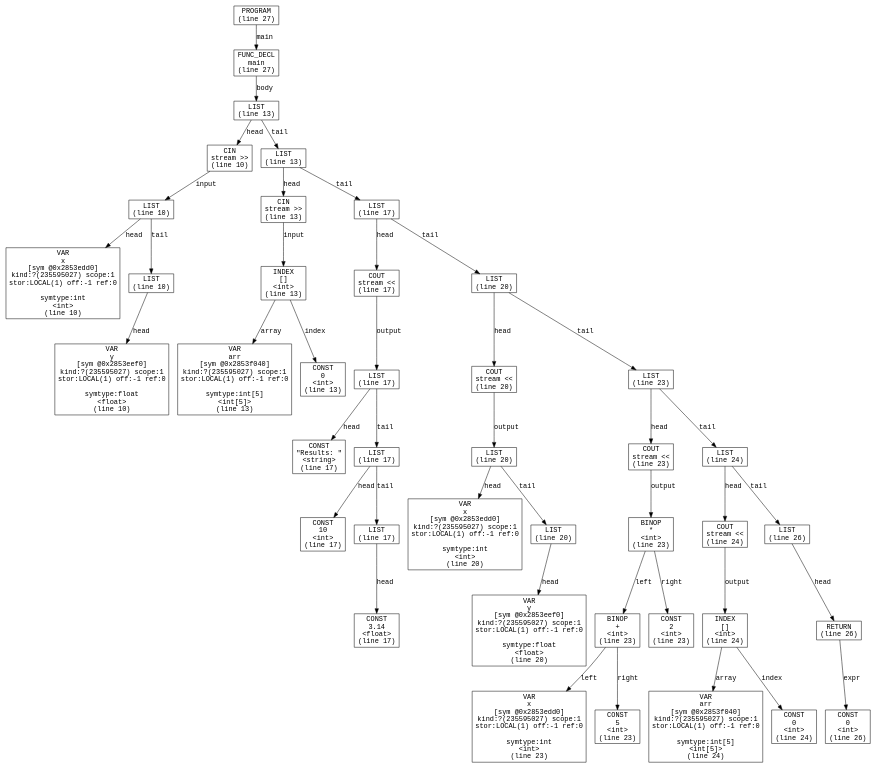
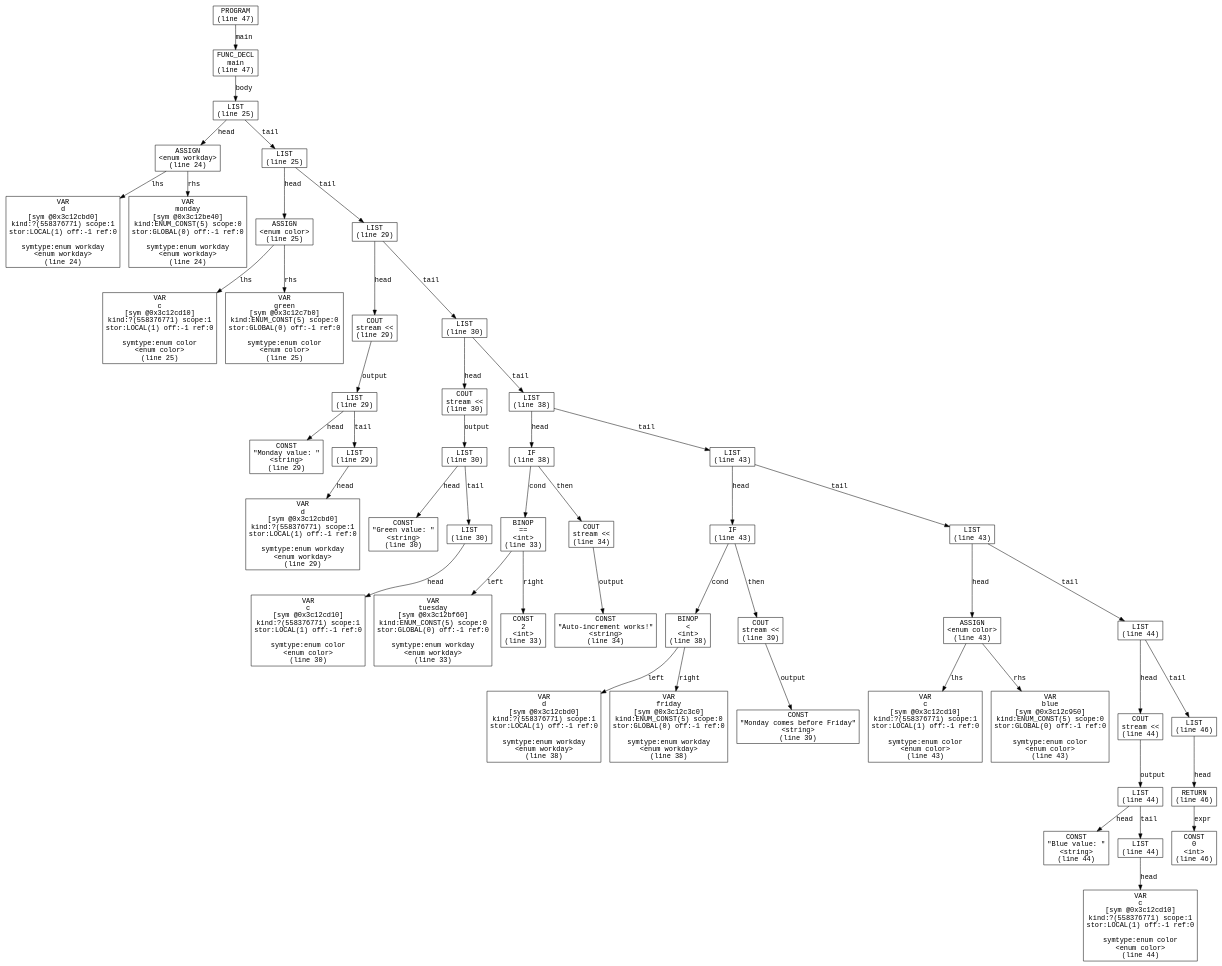
The diagram in syntaxExtreme/ast.dot (kalamakis/Cpp-compiler), drawn with Graphviz before and after one commit. The commit also changed 8 other files, not shown here.

```diff
--- a/syntaxExtreme/ast.dot
+++ b/syntaxExtreme/ast.dot
@@ -1,87 +1,101 @@
 digraph AST {
   node [shape=box, fontname="Courier"];
   edge [fontname="Courier"];
-  n0 [label="PROGRAM\n(line 27)"];
-  n1 [label="FUNC_DECL\nmain\n(line 27)"];
-  n2 [label="LIST\n(line 13)"];
-  n3 [label="CIN\nstream >>\n(line 10)"];
-  n4 [label="LIST\n(line 10)"];
-  n5 [label="VAR\nx\n[sym @0x2853edd0]\nkind:?(235595027) scope:1\nstor:LOCAL(1) off:-1 ref:0\n\nsymtype:int\n<int>\n(line 10)"];
-  n4 -> n5 [label="head"];
-  n6 [label="LIST\n(line 10)"];
-  n7 [label="VAR\ny\n[sym @0x2853eef0]\nkind:?(235595027) scope:1\nstor:LOCAL(1) off:-1 ref:0\n\nsymtype:float\n<float>\n(line 10)"];
+  n0 [label="PROGRAM\n(line 47)"];
+  n1 [label="FUNC_DECL\nmain\n(line 47)"];
+  n2 [label="LIST\n(line 25)"];
+  n3 [label="ASSIGN\n<enum workday>\n(line 24)"];
+  n4 [label="VAR\nd\n[sym @0x3c12cbd0]\nkind:?(558376771) scope:1\nstor:LOCAL(1) off:-1 ref:0\n\nsymtype:enum workday\n<enum workday>\n(line 24)"];
+  n3 -> n4 [label="lhs"];
+  n5 [label="VAR\nmonday\n[sym @0x3c12be40]\nkind:ENUM_CONST(5) scope:0\nstor:GLOBAL(0) off:-1 ref:0\n\nsymtype:enum workday\n<enum workday>\n(line 24)"];
+  n3 -> n5 [label="rhs"];
+  n2 -> n3 [label="head"];
+  n6 [label="LIST\n(line 25)"];
+  n7 [label="ASSIGN\n<enum color>\n(line 25)"];
+  n8 [label="VAR\nc\n[sym @0x3c12cd10]\nkind:?(558376771) scope:1\nstor:LOCAL(1) off:-1 ref:0\n\nsymtype:enum color\n<enum color>\n(line 25)"];
+  n7 -> n8 [label="lhs"];
+  n9 [label="VAR\ngreen\n[sym @0x3c12c7b0]\nkind:ENUM_CONST(5) scope:0\nstor:GLOBAL(0) off:-1 ref:0\n\nsymtype:enum color\n<enum color>\n(line 25)"];
+  n7 -> n9 [label="rhs"];
   n6 -> n7 [label="head"];
-  n4 -> n6 [label="tail"];
-  n3 -> n4 [label="input"];
-  n2 -> n3 [label="head"];
-  n8 [label="LIST\n(line 13)"];
-  n9 [label="CIN\nstream >>\n(line 13)"];
-  n10 [label="INDEX\n[]\n<int>\n(line 13)"];
-  n11 [label="VAR\narr\n[sym @0x2853f040]\nkind:?(235595027) scope:1\nstor:LOCAL(1) off:-1 ref:0\n\nsymtype:int[5]\n<int[5]>\n(line 13)"];
-  n10 -> n11 [label="array"];
-  n12 [label="CONST\n0\n<int>\n(line 13)"];
-  n10 -> n12 [label="index"];
-  n9 -> n10 [label="input"];
-  n8 -> n9 [label="head"];
-  n13 [label="LIST\n(line 17)"];
-  n14 [label="COUT\nstream <<\n(line 17)"];
-  n15 [label="LIST\n(line 17)"];
-  n16 [label="CONST\n\"Results: \"\n<string>\n(line 17)"];
-  n15 -> n16 [label="head"];
-  n17 [label="LIST\n(line 17)"];
-  n18 [label="CONST\n10\n<int>\n(line 17)"];
-  n17 -> n18 [label="head"];
-  n19 [label="LIST\n(line 17)"];
-  n20 [label="CONST\n3.14\n<float>\n(line 17)"];
-  n19 -> n20 [label="head"];
-  n17 -> n19 [label="tail"];
-  n15 -> n17 [label="tail"];
-  n14 -> n15 [label="output"];
-  n13 -> n14 [label="head"];
-  n21 [label="LIST\n(line 20)"];
-  n22 [label="COUT\nstream <<\n(line 20)"];
-  n23 [label="LIST\n(line 20)"];
-  n24 [label="VAR\nx\n[sym @0x2853edd0]\nkind:?(235595027) scope:1\nstor:LOCAL(1) off:-1 ref:0\n\nsymtype:int\n<int>\n(line 20)"];
-  n23 -> n24 [label="head"];
-  n25 [label="LIST\n(line 20)"];
-  n26 [label="VAR\ny\n[sym @0x2853eef0]\nkind:?(235595027) scope:1\nstor:LOCAL(1) off:-1 ref:0\n\nsymtype:float\n<float>\n(line 20)"];
-  n25 -> n26 [label="head"];
-  n23 -> n25 [label="tail"];
-  n22 -> n23 [label="output"];
-  n21 -> n22 [label="head"];
-  n27 [label="LIST\n(line 23)"];
-  n28 [label="COUT\nstream <<\n(line 23)"];
-  n29 [label="BINOP\n*\n<int>\n(line 23)"];
-  n30 [label="BINOP\n+\n<int>\n(line 23)"];
-  n31 [label="VAR\nx\n[sym @0x2853edd0]\nkind:?(235595027) scope:1\nstor:LOCAL(1) off:-1 ref:0\n\nsymtype:int\n<int>\n(line 23)"];
-  n30 -> n31 [label="left"];
-  n32 [label="CONST\n5\n<int>\n(line 23)"];
-  n30 -> n32 [label="right"];
-  n29 -> n30 [label="left"];
-  n33 [label="CONST\n2\n<int>\n(line 23)"];
-  n29 -> n33 [label="right"];
-  n28 -> n29 [label="output"];
-  n27 -> n28 [label="head"];
-  n34 [label="LIST\n(line 24)"];
-  n35 [label="COUT\nstream <<\n(line 24)"];
-  n36 [label="INDEX\n[]\n<int>\n(line 24)"];
-  n37 [label="VAR\narr\n[sym @0x2853f040]\nkind:?(235595027) scope:1\nstor:LOCAL(1) off:-1 ref:0\n\nsymtype:int[5]\n<int[5]>\n(line 24)"];
-  n36 -> n37 [label="array"];
-  n38 [label="CONST\n0\n<int>\n(line 24)"];
-  n36 -> n38 [label="index"];
-  n35 -> n36 [label="output"];
-  n34 -> n35 [label="head"];
-  n39 [label="LIST\n(line 26)"];
-  n40 [label="RETURN\n(line 26)"];
-  n41 [label="CONST\n0\n<int>\n(line 26)"];
-  n40 -> n41 [label="expr"];
-  n39 -> n40 [label="head"];
-  n34 -> n39 [label="tail"];
-  n27 -> n34 [label="tail"];
-  n21 -> n27 [label="tail"];
-  n13 -> n21 [label="tail"];
-  n8 -> n13 [label="tail"];
-  n2 -> n8 [label="tail"];
+  n10 [label="LIST\n(line 29)"];
+  n11 [label="COUT\nstream <<\n(line 29)"];
+  n12 [label="LIST\n(line 29)"];
+  n13 [label="CONST\n\"Monday value: \"\n<string>\n(line 29)"];
+  n12 -> n13 [label="head"];
+  n14 [label="LIST\n(line 29)"];
+  n15 [label="VAR\nd\n[sym @0x3c12cbd0]\nkind:?(558376771) scope:1\nstor:LOCAL(1) off:-1 ref:0\n\nsymtype:enum workday\n<enum workday>\n(line 29)"];
+  n14 -> n15 [label="head"];
+  n12 -> n14 [label="tail"];
+  n11 -> n12 [label="output"];
+  n10 -> n11 [label="head"];
+  n16 [label="LIST\n(line 30)"];
+  n17 [label="COUT\nstream <<\n(line 30)"];
+  n18 [label="LIST\n(line 30)"];
+  n19 [label="CONST\n\"Green value: \"\n<string>\n(line 30)"];
+  n18 -> n19 [label="head"];
+  n20 [label="LIST\n(line 30)"];
+  n21 [label="VAR\nc\n[sym @0x3c12cd10]\nkind:?(558376771) scope:1\nstor:LOCAL(1) off:-1 ref:0\n\nsymtype:enum color\n<enum color>\n(line 30)"];
+  n20 -> n21 [label="head"];
+  n18 -> n20 [label="tail"];
+  n17 -> n18 [label="output"];
+  n16 -> n17 [label="head"];
+  n22 [label="LIST\n(line 38)"];
+  n23 [label="IF\n(line 38)"];
+  n24 [label="BINOP\n==\n<int>\n(line 33)"];
+  n25 [label="VAR\ntuesday\n[sym @0x3c12bf60]\nkind:ENUM_CONST(5) scope:0\nstor:GLOBAL(0) off:-1 ref:0\n\nsymtype:enum workday\n<enum workday>\n(line 33)"];
+  n24 -> n25 [label="left"];
+  n26 [label="CONST\n2\n<int>\n(line 33)"];
+  n24 -> n26 [label="right"];
+  n23 -> n24 [label="cond"];
+  n27 [label="COUT\nstream <<\n(line 34)"];
+  n28 [label="CONST\n\"Auto-increment works!\"\n<string>\n(line 34)"];
+  n27 -> n28 [label="output"];
+  n23 -> n27 [label="then"];
+  n22 -> n23 [label="head"];
+  n29 [label="LIST\n(line 43)"];
+  n30 [label="IF\n(line 43)"];
+  n31 [label="BINOP\n<\n<int>\n(line 38)"];
+  n32 [label="VAR\nd\n[sym @0x3c12cbd0]\nkind:?(558376771) scope:1\nstor:LOCAL(1) off:-1 ref:0\n\nsymtype:enum workday\n<enum workday>\n(line 38)"];
+  n31 -> n32 [label="left"];
+  n33 [label="VAR\nfriday\n[sym @0x3c12c3c0]\nkind:ENUM_CONST(5) scope:0\nstor:GLOBAL(0) off:-1 ref:0\n\nsymtype:enum workday\n<enum workday>\n(line 38)"];
+  n31 -> n33 [label="right"];
+  n30 -> n31 [label="cond"];
+  n34 [label="COUT\nstream <<\n(line 39)"];
+  n35 [label="CONST\n\"Monday comes before Friday\"\n<string>\n(line 39)"];
+  n34 -> n35 [label="output"];
+  n30 -> n34 [label="then"];
+  n29 -> n30 [label="head"];
+  n36 [label="LIST\n(line 43)"];
+  n37 [label="ASSIGN\n<enum color>\n(line 43)"];
+  n38 [label="VAR\nc\n[sym @0x3c12cd10]\nkind:?(558376771) scope:1\nstor:LOCAL(1) off:-1 ref:0\n\nsymtype:enum color\n<enum color>\n(line 43)"];
+  n37 -> n38 [label="lhs"];
+  n39 [label="VAR\nblue\n[sym @0x3c12c950]\nkind:ENUM_CONST(5) scope:0\nstor:GLOBAL(0) off:-1 ref:0\n\nsymtype:enum color\n<enum color>\n(line 43)"];
+  n37 -> n39 [label="rhs"];
+  n36 -> n37 [label="head"];
+  n40 [label="LIST\n(line 44)"];
+  n41 [label="COUT\nstream <<\n(line 44)"];
+  n42 [label="LIST\n(line 44)"];
+  n43 [label="CONST\n\"Blue value: \"\n<string>\n(line 44)"];
+  n42 -> n43 [label="head"];
+  n44 [label="LIST\n(line 44)"];
+  n45 [label="VAR\nc\n[sym @0x3c12cd10]\nkind:?(558376771) scope:1\nstor:LOCAL(1) off:-1 ref:0\n\nsymtype:enum color\n<enum color>\n(line 44)"];
+  n44 -> n45 [label="head"];
+  n42 -> n44 [label="tail"];
+  n41 -> n42 [label="output"];
+  n40 -> n41 [label="head"];
+  n46 [label="LIST\n(line 46)"];
+  n47 [label="RETURN\n(line 46)"];
+  n48 [label="CONST\n0\n<int>\n(line 46)"];
+  n47 -> n48 [label="expr"];
+  n46 -> n47 [label="head"];
+  n40 -> n46 [label="tail"];
+  n36 -> n40 [label="tail"];
+  n29 -> n36 [label="tail"];
+  n22 -> n29 [label="tail"];
+  n16 -> n22 [label="tail"];
+  n10 -> n16 [label="tail"];
+  n6 -> n10 [label="tail"];
+  n2 -> n6 [label="tail"];
   n1 -> n2 [label="body"];
   n0 -> n1 [label="main"];
 }
```
